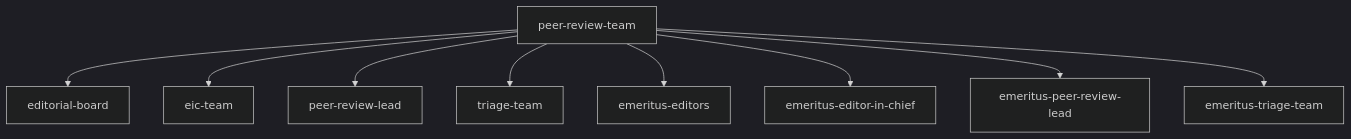
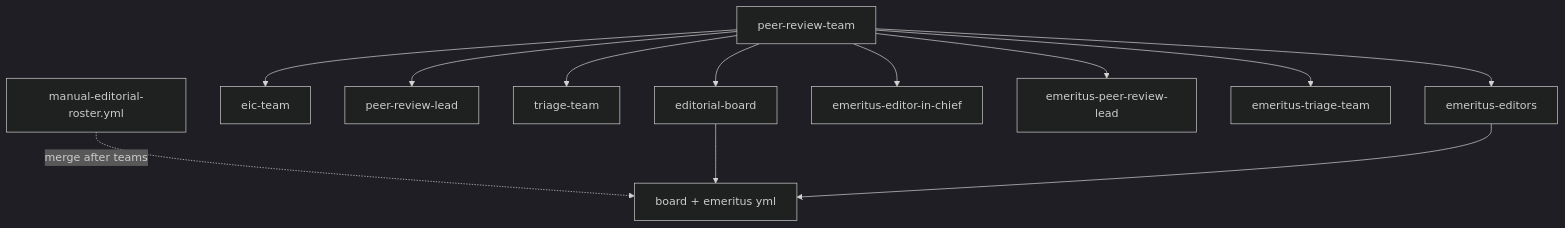
One commit to pyOpenSci/pyosMeta changed the diagram in development.md. Above: the diagram before and after it, drawn with Mermaid (dark theme). The commit also changed other lines of this file and 6 other files, not shown here.

````diff
--- a/development.md
+++ b/development.md
@@ -197,12 +203,15 @@
 ```mermaid
 flowchart TB
   PR[peer-review-team]
   PR --> EB[editorial-board]
   PR --> EIC[eic-team]
   PR --> PRL[peer-review-lead]
   PR --> TRI[triage-team]
   PR --> EE[emeritus-editors]
   PR --> EEIC[emeritus-editor-in-chief]
   PR --> EPRL[emeritus-peer-review-lead]
   PR --> ETRI[emeritus-triage-team]
+  Manual[manual-editorial-roster.yml] -.->|"merge after teams"| Out[board + emeritus yml]
+  EB --> Out
+  EE --> Out
 ```
````
